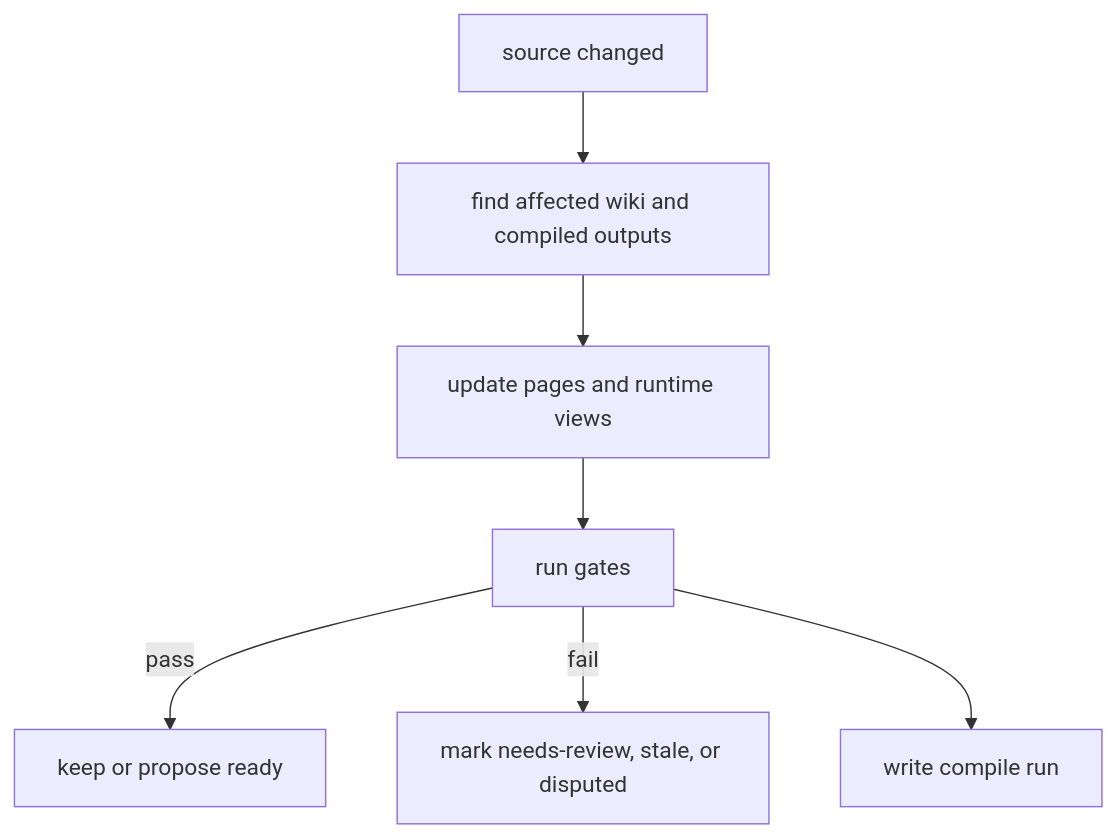
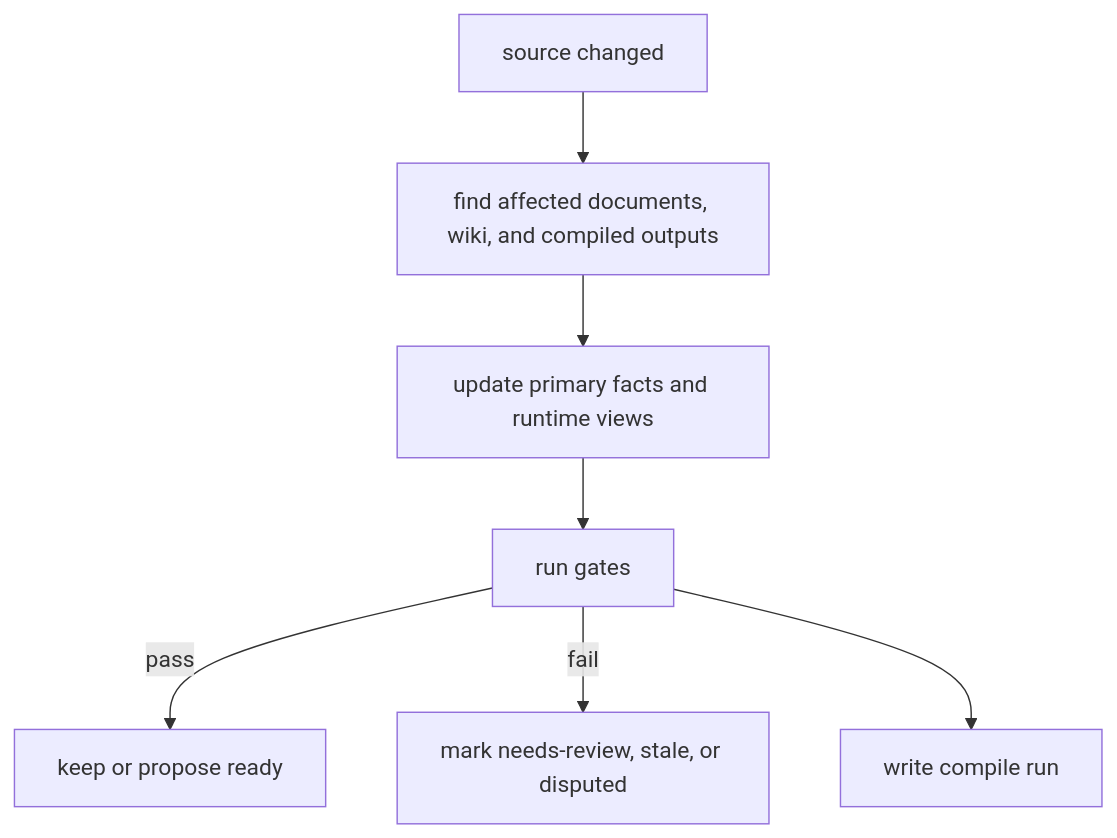
One commit to limecloud/agentknowledge changed the second of 2 diagrams in docs/en/authoring/compilation-model.md. Above: the diagram before and after it, drawn with Mermaid. The commit also changed other lines of this file and 60 other files, not shown here.

````diff
--- a/docs/en/authoring/compilation-model.md
+++ b/docs/en/authoring/compilation-model.md
@@ -94,9 +126,9 @@
 ```mermaid
 flowchart TD
-  Change["source changed"] --> Impact["find affected wiki and compiled outputs"]
-  Impact --> Update["update pages and runtime views"]
+  Change["source changed"] --> Impact["find affected documents, wiki, and compiled outputs"]
+  Impact --> Update["update primary facts and runtime views"]
   Update --> Gates["run gates"]
   Gates -->|pass| Ready["keep or propose ready"]
   Gates -->|fail| Review["mark needs-review, stale, or disputed"]
   Gates --> Runs["write compile run"]
 ```
````
